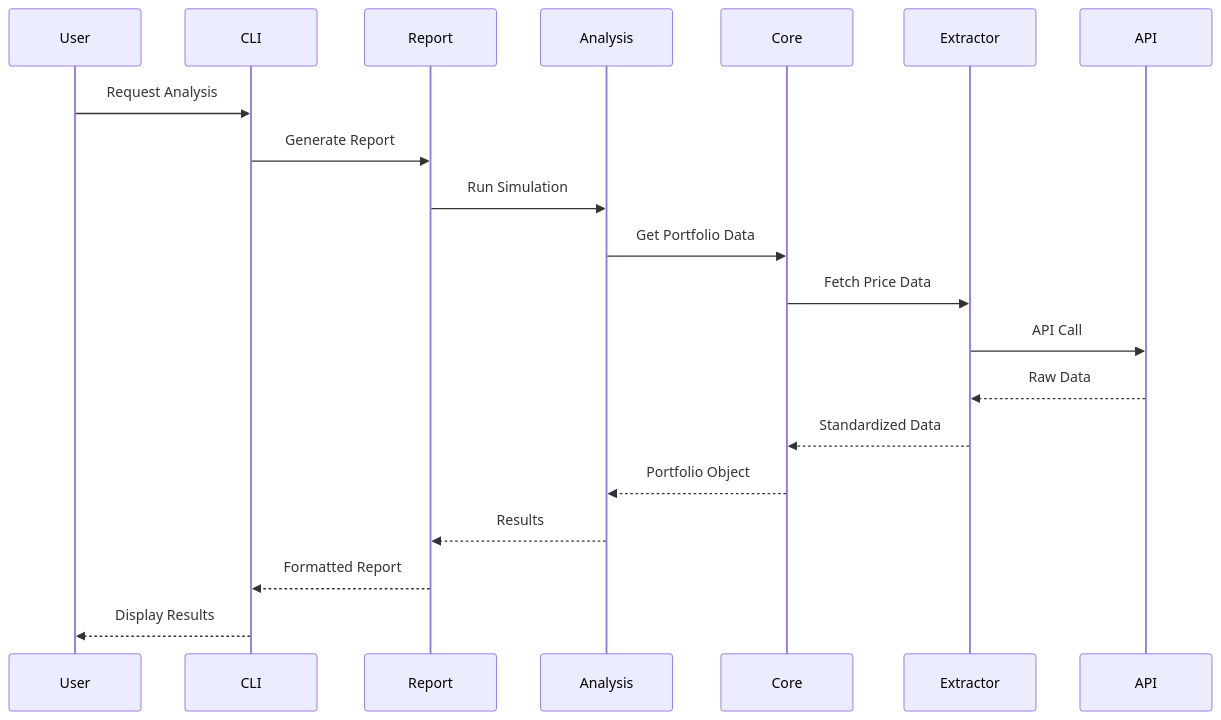
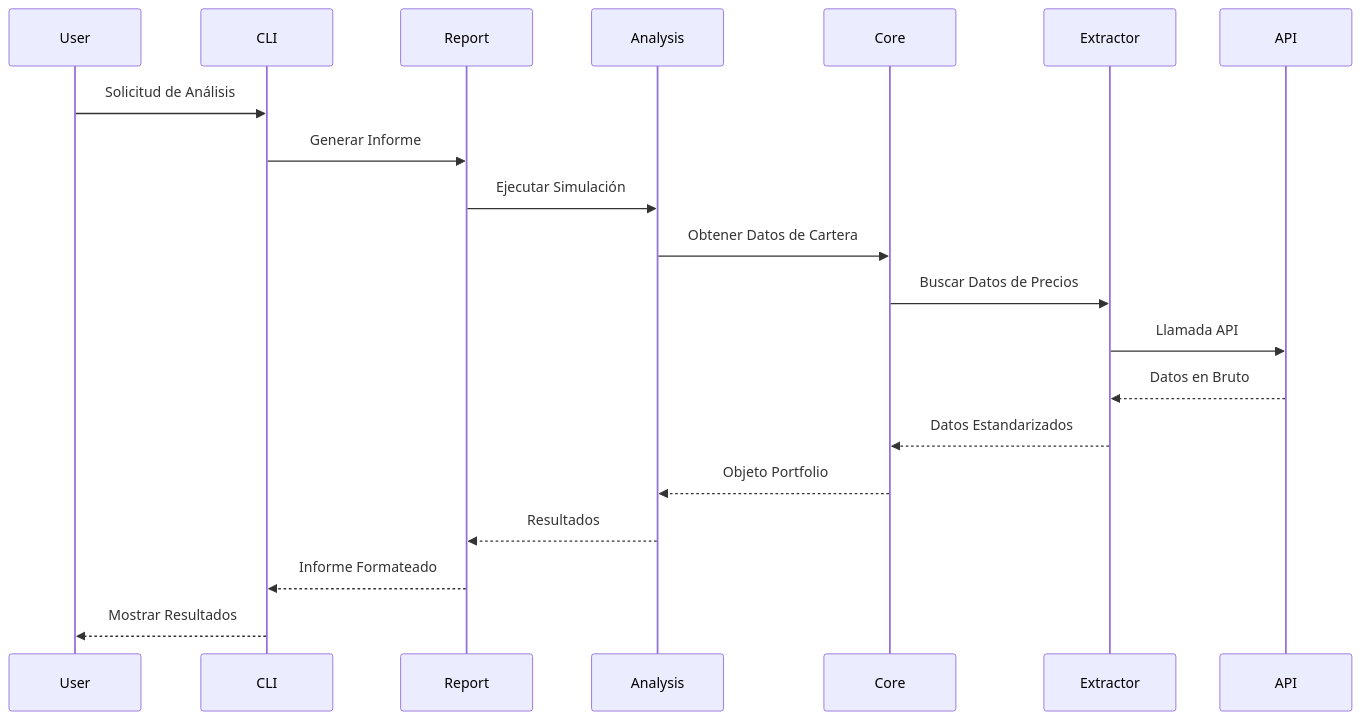
One commit to piettro/Master-MIAX-Tarea-Bloque1-Introduccion changed the third of 5 diagrams in docs/diagrams.md. Above: the diagram before and after it, drawn with Mermaid. The commit also changed other lines of this file and 1 other file, not shown here.

````diff
--- a/docs/diagrams.md
+++ b/docs/diagrams.md
@@ -160,23 +160,23 @@
 ```mermaid
 sequenceDiagram
     participant User
     participant CLI
     participant Report
     participant Analysis
     participant Core
     participant Extractor
     participant API
     
-    User->>CLI: Request Analysis
-    CLI->>Report: Generate Report
-    Report->>Analysis: Run Simulation
-    Analysis->>Core: Get Portfolio Data
-    Core->>Extractor: Fetch Price Data
-    Extractor->>API: API Call
-    API-->>Extractor: Raw Data
-    Extractor-->>Core: Standardized Data
-    Core-->>Analysis: Portfolio Object
-    Analysis-->>Report: Results
-    Report-->>CLI: Formatted Report
-    CLI-->>User: Display Results
+    User->>CLI: Solicitud de Análisis
+    CLI->>Report: Generar Informe
+    Report->>Analysis: Ejecutar Simulación
+    Analysis->>Core: Obtener Datos de Cartera
+    Core->>Extractor: Buscar Datos de Precios
+    Extractor->>API: Llamada API
+    API-->>Extractor: Datos en Bruto
+    Extractor-->>Core: Datos Estandarizados
+    Core-->>Analysis: Objeto Portfolio
+    Analysis-->>Report: Resultados
+    Report-->>CLI: Informe Formateado
+    CLI-->>User: Mostrar Resultados
 ```
````
